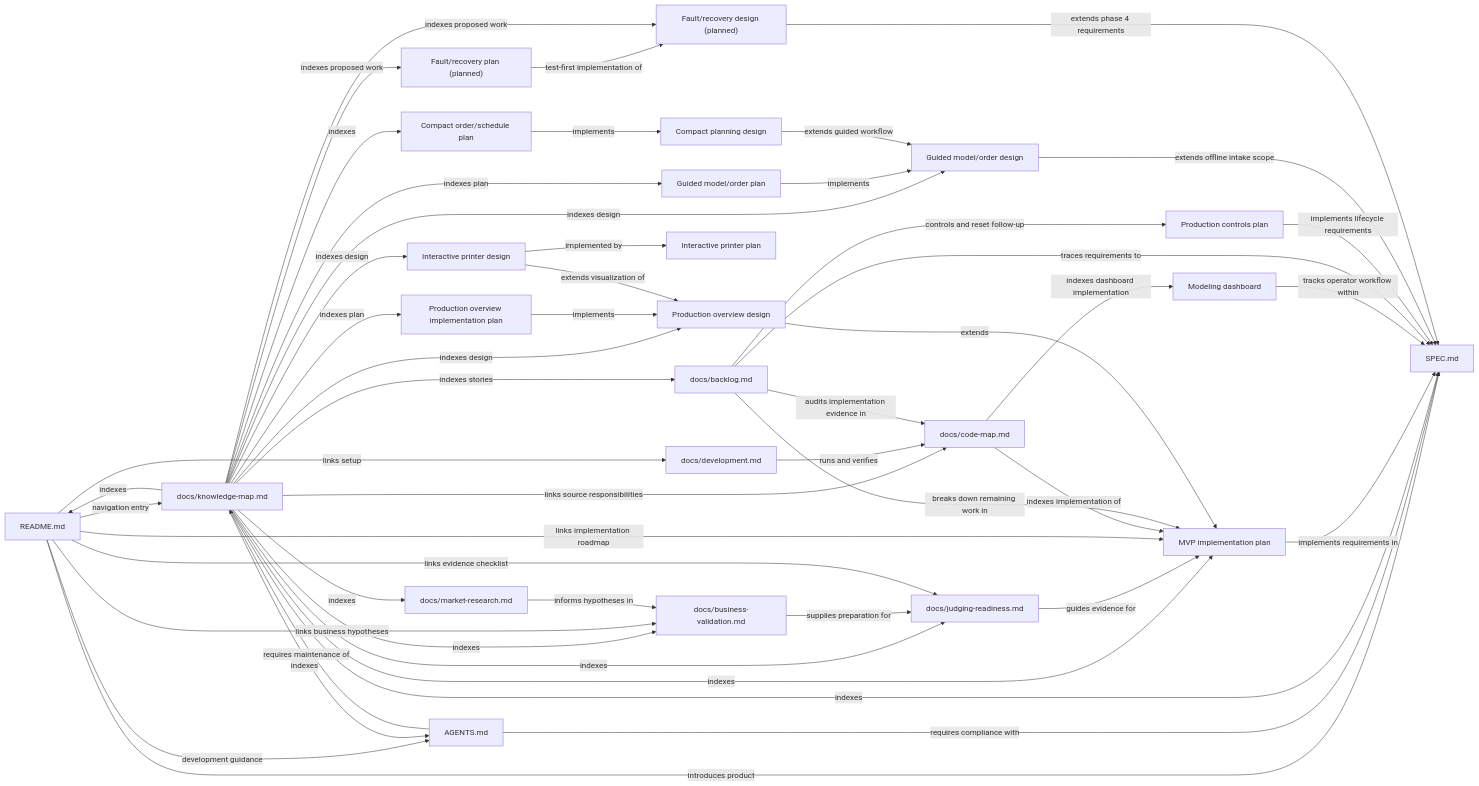
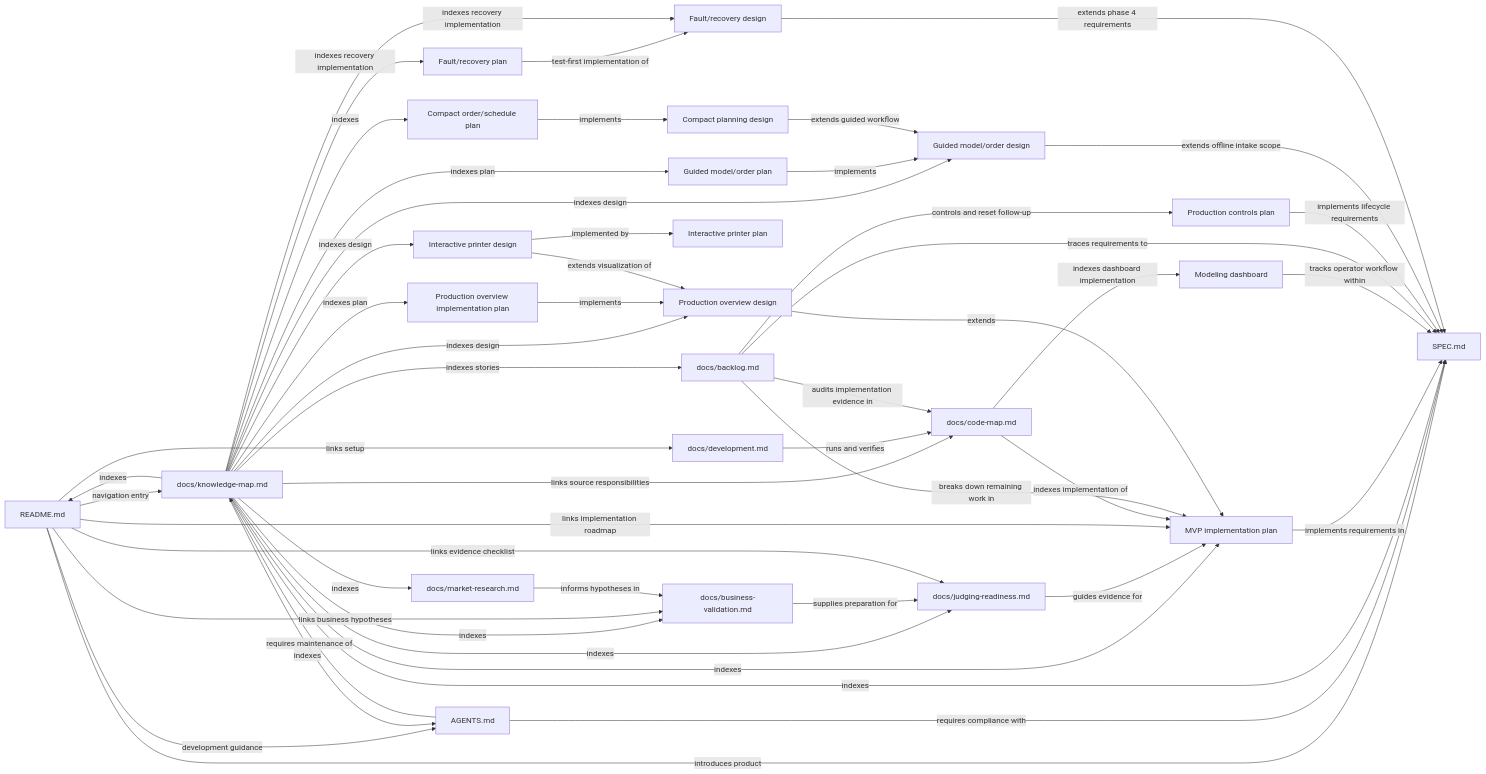
Before and after one commit to DuztyMusketear/Print_Assist: the diagram in docs/knowledge-map.md, drawn with Mermaid. The commit also changed other lines of this file and 32 other files, not shown here.

````diff
--- a/docs/knowledge-map.md
+++ b/docs/knowledge-map.md
@@ -11,52 +11,52 @@
 ```mermaid
 graph LR
     README["README.md"] -->|introduces product| SPEC["SPEC.md"]
     README -->|navigation entry| MAP["docs/knowledge-map.md"]
     README -->|development guidance| RULES["AGENTS.md"]
     RULES -->|requires compliance with| SPEC
     RULES -->|requires maintenance of| MAP
     MAP -->|indexes| README
     MAP -->|indexes| SPEC
     MAP -->|indexes| RULES
     PLAN["MVP implementation plan"] -->|implements requirements in| SPEC
     MAP -->|indexes| PLAN
     JUDGING["docs/judging-readiness.md"] -->|guides evidence for| PLAN
     MAP -->|indexes| JUDGING
     BUSINESS["docs/business-validation.md"] -->|supplies preparation for| JUDGING
     MAP -->|indexes| BUSINESS
     README -->|links implementation roadmap| PLAN
     README -->|links evidence checklist| JUDGING
     README -->|links business hypotheses| BUSINESS
     RESEARCH["docs/market-research.md"] -->|informs hypotheses in| BUSINESS
     MAP -->|indexes| RESEARCH
     CODE["docs/code-map.md"] -->|indexes implementation of| PLAN
     DASH["Modeling dashboard"] -->|tracks operator workflow within| SPEC
     CODE -->|indexes dashboard implementation| DASH
     MAP -->|links source responsibilities| CODE
     DEV["docs/development.md"] -->|runs and verifies| CODE
     README -->|links setup| DEV
     BACKLOG["docs/backlog.md"] -->|breaks down remaining work in| PLAN
     MAP -->|indexes stories| BACKLOG
     BACKLOG -->|traces requirements to| SPEC
     BACKLOG -->|audits implementation evidence in| CODE
     DESIGN["Production overview design"] -->|extends| PLAN
     MAP -->|indexes design| DESIGN
     OVERVIEWPLAN["Production overview implementation plan"] -->|implements| DESIGN
     MAP -->|indexes plan| OVERVIEWPLAN
     PRINTER3D["Interactive printer design"] -->|extends visualization of| DESIGN
     MAP -->|indexes design| PRINTER3D
     PRINTER3D -->|implemented by| VIEW3D["Interactive printer plan"]
     BACKLOG -->|controls and reset follow-up| CONTROLS["Production controls plan"]
     CONTROLS -->|implements lifecycle requirements| SPEC
     WORKFLOW["Guided model/order design"] -->|extends offline intake scope| SPEC
     MAP -->|indexes design| WORKFLOW
     GUIDEDPLAN["Guided model/order plan"] -->|implements| WORKFLOW
     MAP -->|indexes plan| GUIDEDPLAN
     COMPACTPLAN["Compact order/schedule plan"] -->|implements| COMPACTDESIGN["Compact planning design"]
     MAP -->|indexes| COMPACTPLAN
     COMPACTDESIGN -->|extends guided workflow| WORKFLOW
-    FAULTDESIGN["Fault/recovery design (planned)"] -->|extends phase 4 requirements| SPEC
-    FAULTPLAN["Fault/recovery plan (planned)"] -->|test-first implementation of| FAULTDESIGN
-    MAP -->|indexes proposed work| FAULTDESIGN
-    MAP -->|indexes proposed work| FAULTPLAN
+    FAULTDESIGN["Fault/recovery design"] -->|extends phase 4 requirements| SPEC
+    FAULTPLAN["Fault/recovery plan"] -->|test-first implementation of| FAULTDESIGN
+    MAP -->|indexes recovery implementation| FAULTDESIGN
+    MAP -->|indexes recovery implementation| FAULTPLAN
 ```
````
